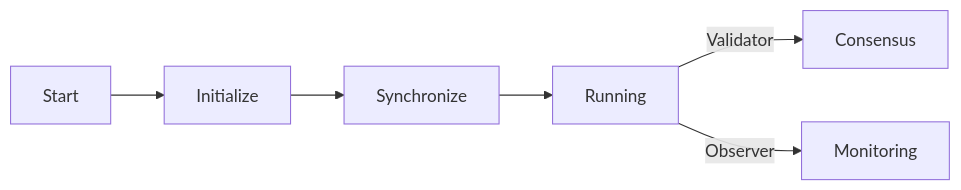
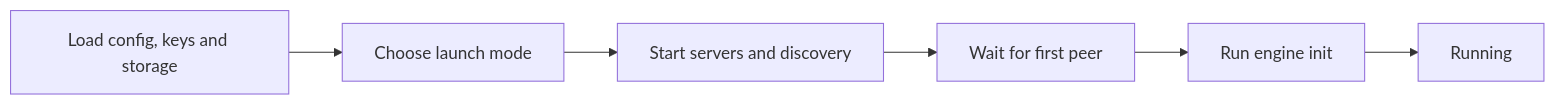
Before and after one commit to asi-alliance/asi-chain-docs-portal: the diagram in architecture/state-diagrams/index.md, drawn with Mermaid. The commit also changed other lines of this file and 3 other files, not shown here.

Commit message:
[AS-913] Rewrite explorer components and node state diagrams for the Rust node

````diff
--- a/architecture/state-diagrams/index.md
+++ b/architecture/state-diagrams/index.md
@@ -26,8 +16,8 @@
 ```mermaid
-graph LR
-    Start[Start] --> Init[Initialize]
-    Init --> Sync[Synchronize]
-    Sync --> Run[Running]
-    Run --> |Validator| Cons[Consensus]
-    Run --> |Observer| Mon[Monitoring]
+flowchart LR
+    Setup[Load config, keys and storage] --> Launch[Choose launch mode]
+    Launch --> Servers[Start servers and discovery]
+    Servers --> Conn[Wait for first peer]
+    Conn --> Init[Run engine init]
+    Init --> Run[Running]
 ```
````
